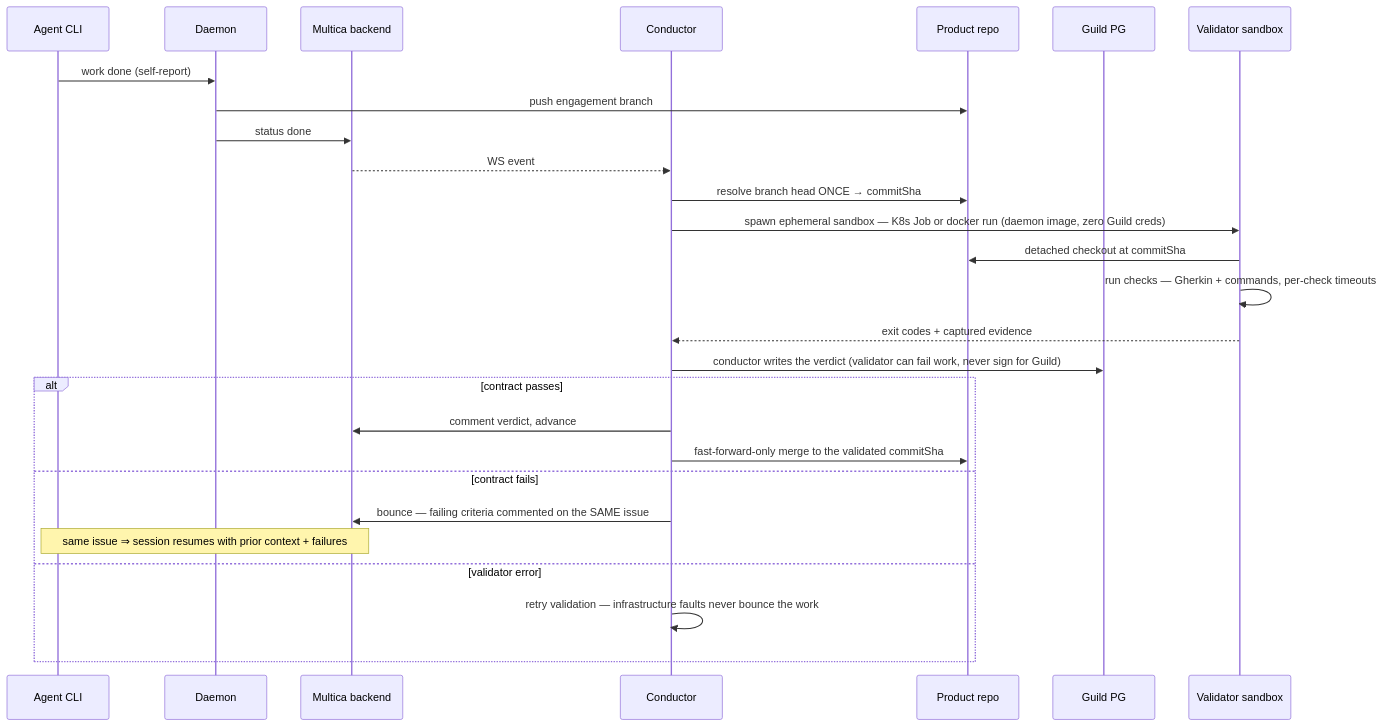
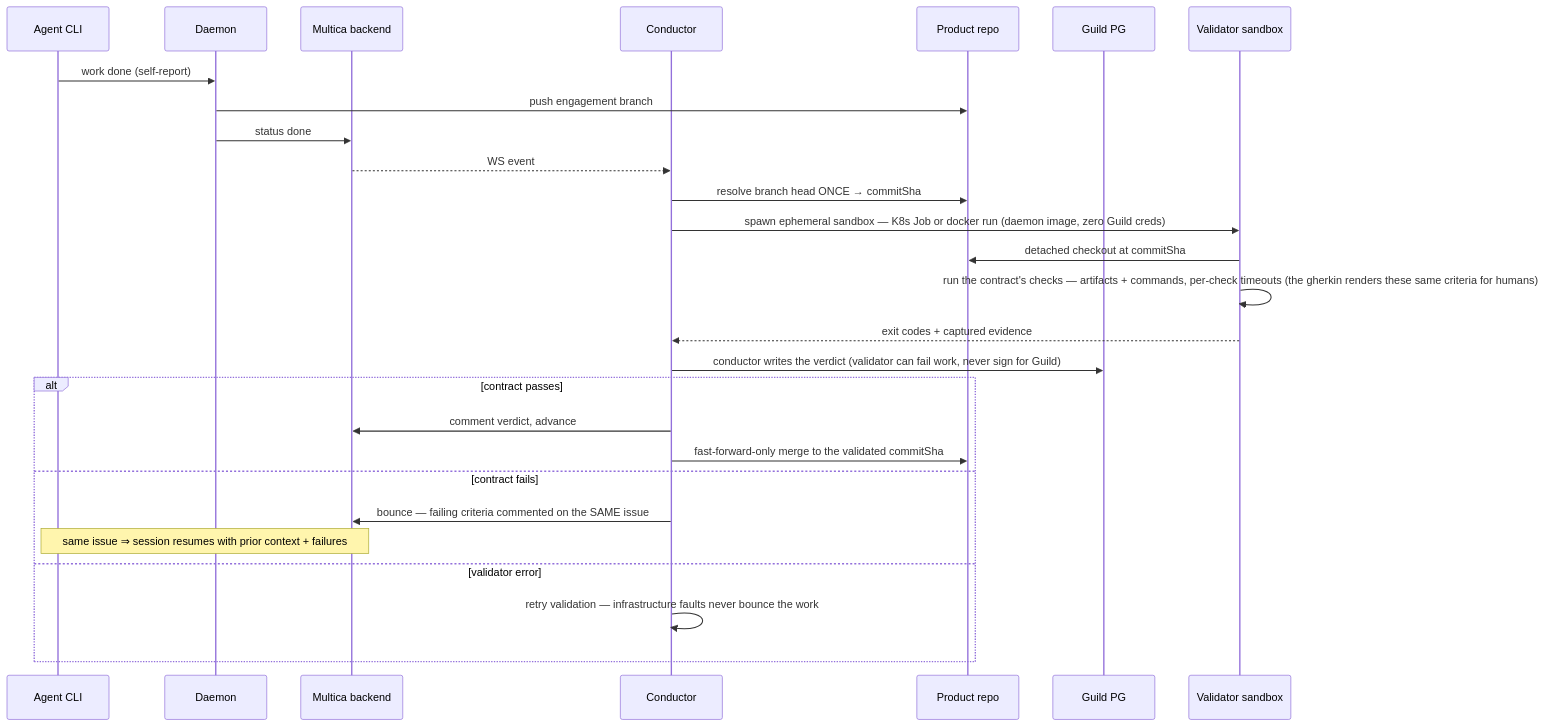
The seventh of 8 diagrams in docs/OVERVIEW.md (maacarbo/guild), drawn with Mermaid before and after one commit. The commit also changed 3 other files, not shown here.

First line of the commit message:
Derive the floor gherkin from the floor checks — no self-report step (#58)

````diff
--- a/docs/OVERVIEW.md
+++ b/docs/OVERVIEW.md
@@ -196,29 +196,29 @@
 ```mermaid
 sequenceDiagram
     participant CLIs as Agent CLI
     participant DM as Daemon
     participant BE as Multica backend
     participant C as Conductor
     participant R as Product repo
     participant G as Guild PG
     participant V as Validator sandbox
     CLIs->>DM: work done (self-report)
     DM->>R: push engagement branch
     DM->>BE: status done
     BE-->>C: WS event
     C->>R: resolve branch head ONCE → commitSha
     C->>V: spawn ephemeral sandbox — K8s Job or docker run (daemon image, zero Guild creds)
     V->>R: detached checkout at commitSha
-    V->>V: run checks — Gherkin + commands, per-check timeouts
+    V->>V: run the contract's checks — artifacts + commands, per-check timeouts (the gherkin renders these same criteria for humans)
     V-->>C: exit codes + captured evidence
     C->>G: conductor writes the verdict (validator can fail work, never sign for Guild)
     alt contract passes
         C->>BE: comment verdict, advance
         C->>R: fast-forward-only merge to the validated commitSha
     else contract fails
         C->>BE: bounce — failing criteria commented on the SAME issue
         Note over BE,CLIs: same issue ⇒ session resumes with prior context + failures
     else validator error
         C->>C: retry validation — infrastructure faults never bounce the work
     end
 ```
````
